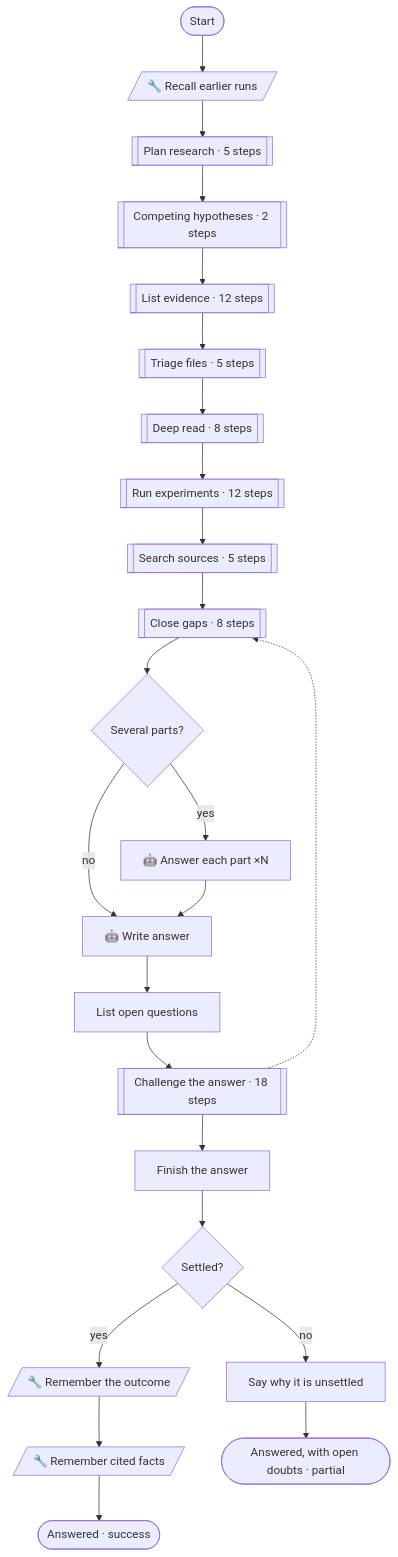
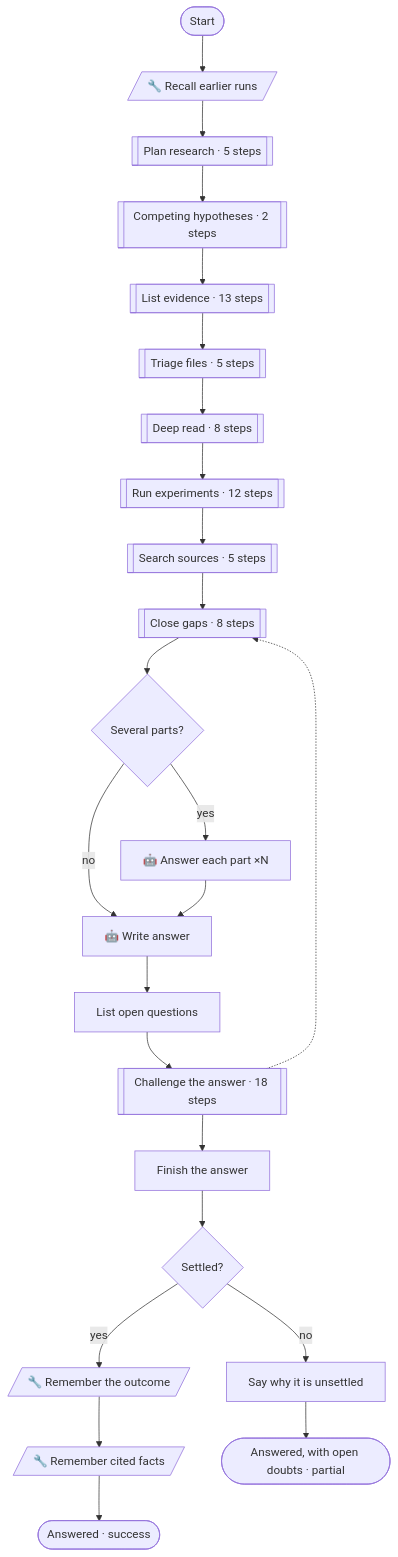
One commit to pirty6/symphony-core changed the first of 7 diagrams in docs/patterns.md. Above: the diagram before and after it, drawn with Mermaid. The commit also changed other lines of this file and 2 other files, not shown here.

First line of the commit message:
investigate: readerHypotheses (on by default) as the switch for the hypothesis ablation; the evidence readers read leadHypotheses/leadStatus, empty when off, and may not tag then

````diff
--- a/docs/patterns.md
+++ b/docs/patterns.md
@@ -70,48 +72,48 @@
 ```mermaid
 flowchart TD
   n_start(["Start"])
   n_recall[/"🔧 Recall earlier runs"/]
   n_multiPart{"Several parts?"}
   n_answerParts["🤖 Answer each part ×N"]
   n_answer["🤖 Write answer"]
   n_listOpen["List open questions"]
   n_attachParts["Finish the answer"]
   n_settled{"Settled?"}
   n_noteDoubts["Say why it is unsettled"]
   n_learnAnswer[/"🔧 Remember the outcome"/]
   n_rememberCited[/"🔧 Remember cited facts"/]
   n_done(["Answered · success"])
   n_doubts(["Answered, with open doubts · partial"])
   n_planPhase[["Plan research · 5 steps"]]
   n_hypothesesPhase[["Competing hypotheses · 2 steps"]]
-  n_listPhase[["List evidence · 12 steps"]]
+  n_listPhase[["List evidence · 13 steps"]]
   n_triagePhase[["Triage files · 5 steps"]]
   n_deepPhase[["Deep read · 8 steps"]]
   n_experimentPhase[["Run experiments · 12 steps"]]
   n_sourcePhase[["Search sources · 5 steps"]]
   n_gapPhase[["Close gaps · 8 steps"]]
   n_challengePhase[["Challenge the answer · 18 steps"]]
   n_start --> n_recall
   n_recall --> n_planPhase
   n_planPhase --> n_hypothesesPhase
   n_hypothesesPhase --> n_listPhase
   n_listPhase --> n_triagePhase
   n_triagePhase --> n_deepPhase
   n_deepPhase --> n_experimentPhase
   n_experimentPhase --> n_sourcePhase
   n_sourcePhase --> n_gapPhase
   n_gapPhase --> n_multiPart
   n_multiPart -->|"yes"| n_answerParts
   n_multiPart -->|"no"| n_answer
   n_answerParts --> n_answer
   n_answer --> n_listOpen
   n_listOpen --> n_challengePhase
   n_challengePhase --> n_attachParts
   n_challengePhase -.-> n_gapPhase
   n_attachParts --> n_settled
   n_settled -->|"yes"| n_learnAnswer
   n_settled -->|"no"| n_noteDoubts
   n_learnAnswer --> n_rememberCited
   n_rememberCited --> n_done
   n_noteDoubts --> n_doubts
 ```
````
